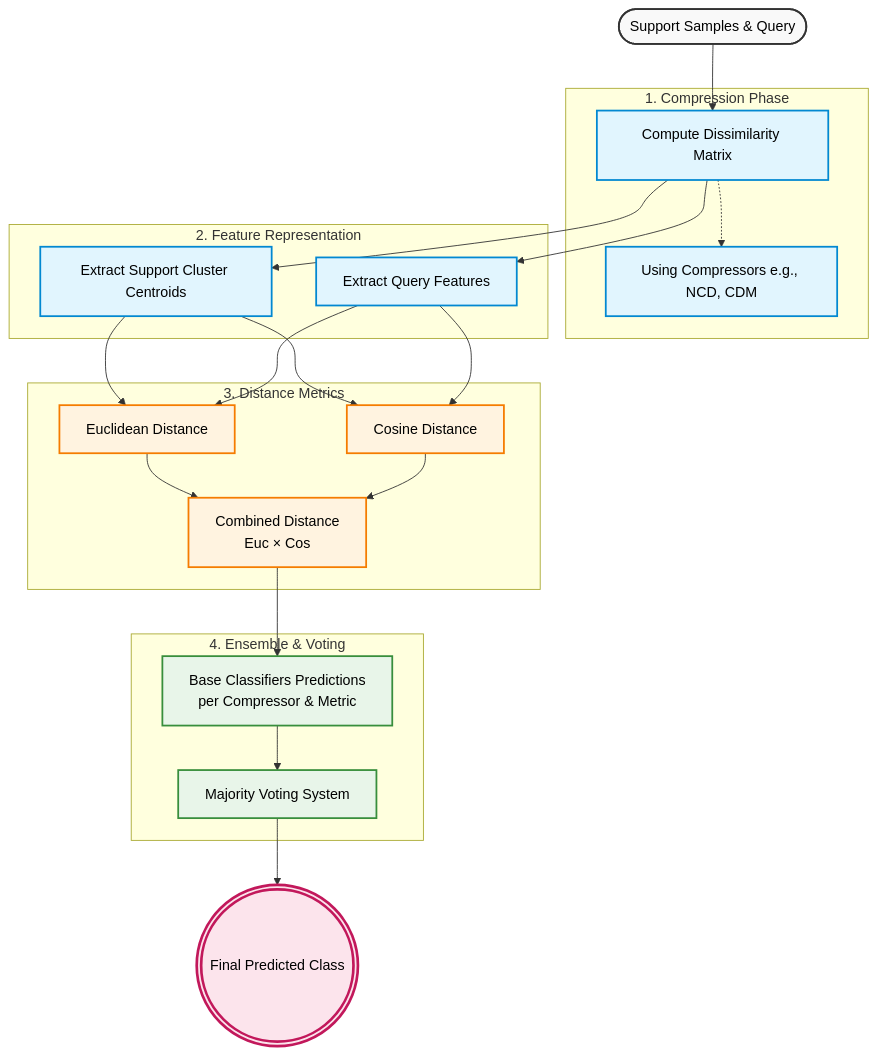
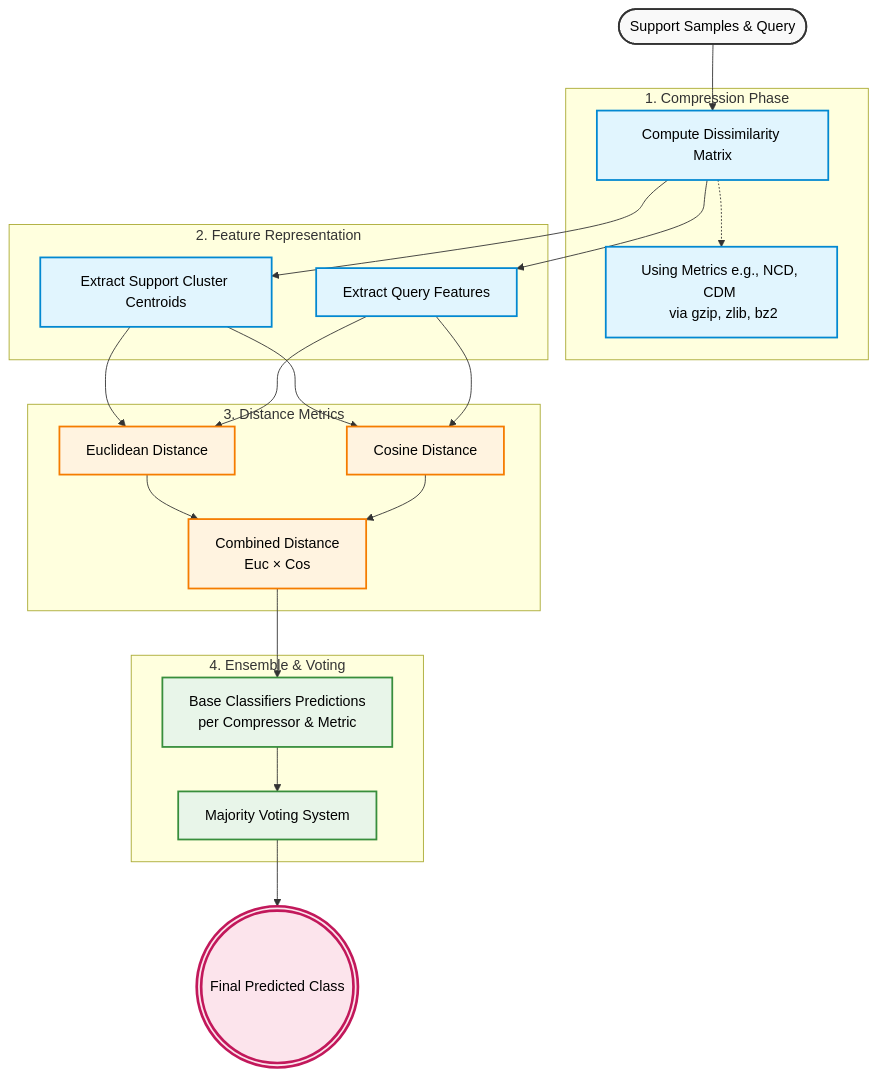
The diagram in README.md (unlikeghost/scope), drawn with Mermaid before and after one commit. The commit also changed other lines of this file, not shown here.

Commit message:
docs: clarify compression metrics and supported algorithms in README description and diagram

````diff
--- a/README.md
+++ b/README.md
@@ -15,53 +15,53 @@
 ```mermaid
 flowchart TD
     %% Styling
     classDef input fill:#f9f9f9,stroke:#333,stroke-width:2px,color:#000;
     classDef process fill:#e1f5fe,stroke:#0288d1,stroke-width:2px,color:#000;
     classDef metric fill:#fff3e0,stroke:#f57c00,stroke-width:2px,color:#000;
     classDef decision fill:#e8f5e9,stroke:#388e3c,stroke-width:2px,color:#000;
     classDef output fill:#fce4ec,stroke:#c2185b,stroke-width:3px,color:#000;
 
     %% Nodes
     In([Support Samples & Query]):::input
     
     subgraph Compression["1. Compression Phase"]
         DM[Compute Dissimilarity Matrix]:::process
-        Comp[Using Compressors e.g., NCD, CDM]:::process
+        Comp[Using Metrics e.g., NCD, CDM <br/> via gzip, zlib, bz2]:::process
     end
 
     subgraph FeatureExtraction["2. Feature Representation"]
         Centroids[Extract Support Cluster Centroids]:::process
         QueryFeat[Extract Query Features]:::process
     end
 
     subgraph DistanceCalculation["3. Distance Metrics"]
         Euc[Euclidean Distance]:::metric
         Cos[Cosine Distance]:::metric
         Combined[Combined Distance <br/> Euc &times; Cos]:::metric
     end
 
     subgraph EnsembleDecision["4. Ensemble & Voting"]
         Classifiers[Base Classifiers Predictions <br/> per Compressor & Metric]:::decision
         Vote[Majority Voting System]:::decision
     end
 
     Out(((Final Predicted Class))):::output
 
     %% Edges
     In --> DM
     DM -.-> Comp
     DM --> Centroids
     DM --> QueryFeat
     
     Centroids --> Euc
     QueryFeat --> Euc
     Centroids --> Cos
     QueryFeat --> Cos
     
     Euc --> Combined
     Cos --> Combined
     
     Combined --> Classifiers
     Classifiers --> Vote
     Vote --> Out
 ```
````
